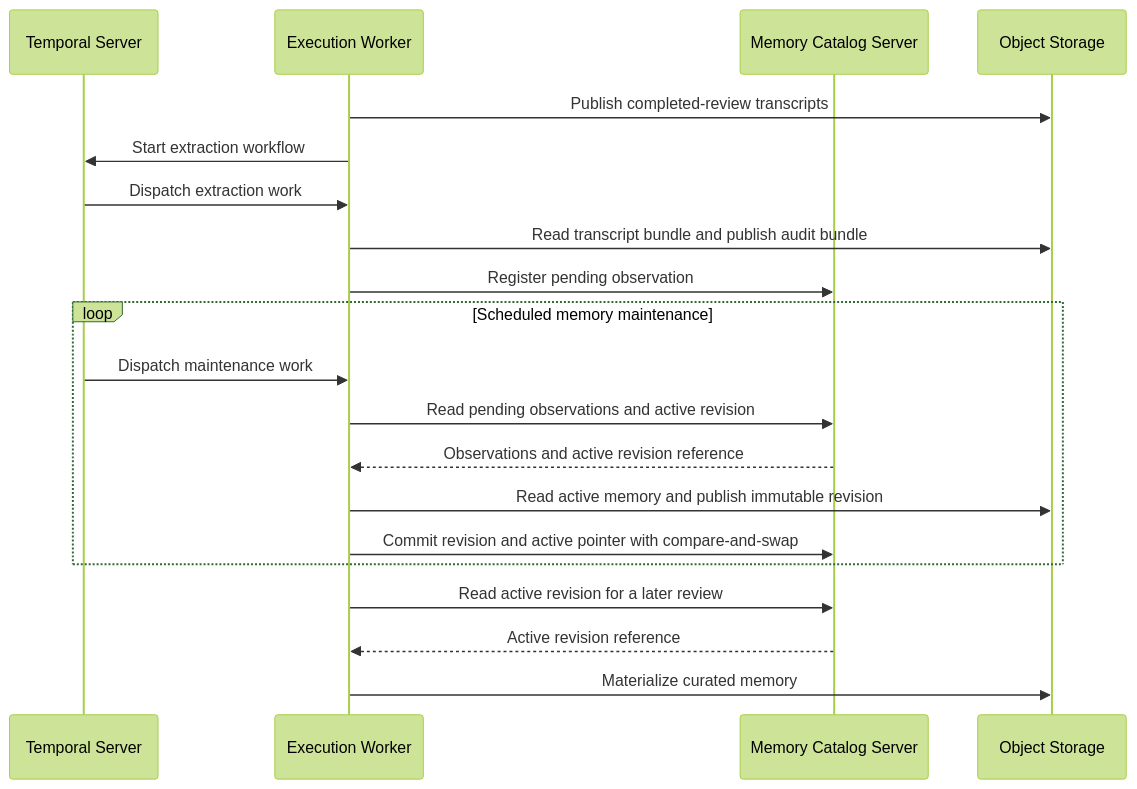
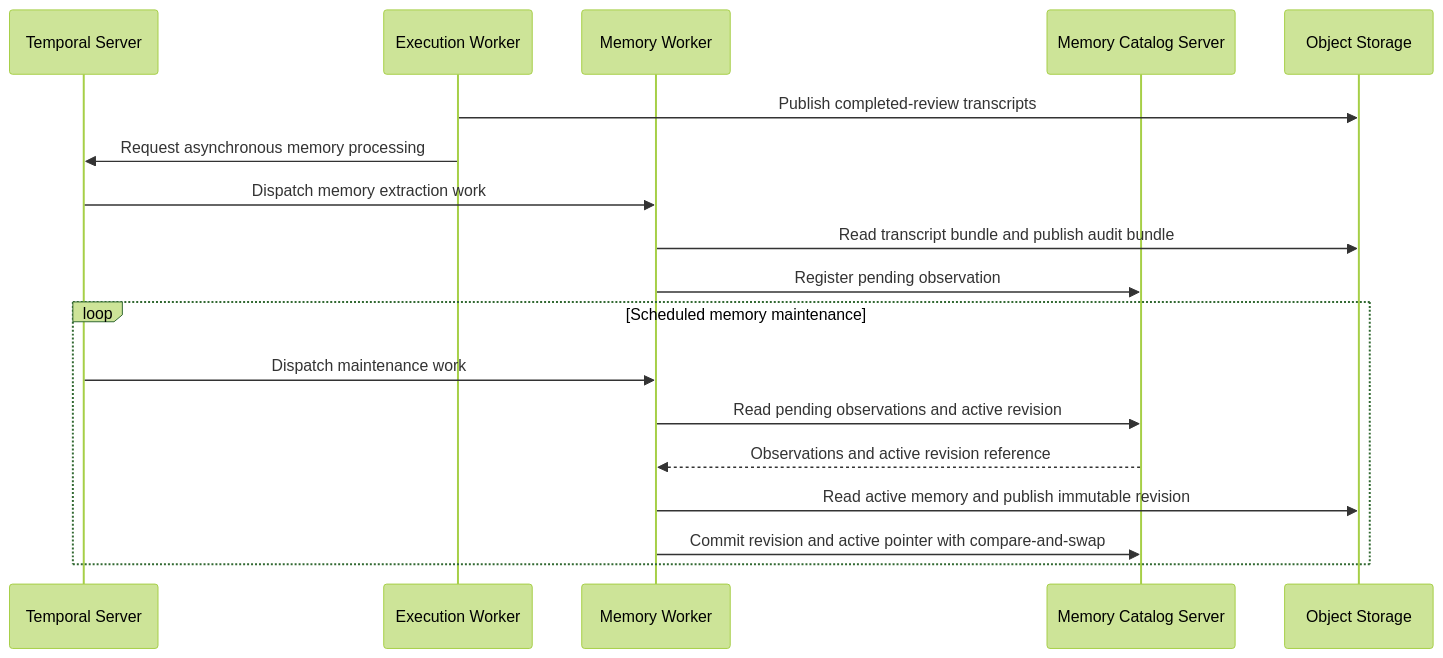
The second of 2 diagrams in docs/architecture/SYSTEM_ARCHITECTURE.md (Agent-AI-Chalmers/sec-review-bot), drawn with Mermaid (forest theme) before and after one commit. The commit also changed other lines of this file and 97 other files, not shown here.

First line of the commit message:
refactor: separate Temporal execution and memory workers (#134)

````diff
--- a/docs/architecture/SYSTEM_ARCHITECTURE.md
+++ b/docs/architecture/SYSTEM_ARCHITECTURE.md
@@ -47,23 +47,21 @@
 ```mermaid
 sequenceDiagram
   participant Temporal as Temporal Server
-  participant Worker as Execution Worker
+  participant ExecutionWorker as Execution Worker
+  participant MemoryWorker as Memory Worker
   participant Catalog as Memory Catalog Server
   participant Storage as Object Storage
 
-  Worker->>Storage: Publish completed-review transcripts
-  Worker->>Temporal: Start extraction workflow
-  Temporal->>Worker: Dispatch extraction work
-  Worker->>Storage: Read transcript bundle and publish audit bundle
-  Worker->>Catalog: Register pending observation
+  ExecutionWorker->>Storage: Publish completed-review transcripts
+  ExecutionWorker->>Temporal: Request asynchronous memory processing
+  Temporal->>MemoryWorker: Dispatch memory extraction work
+  MemoryWorker->>Storage: Read transcript bundle and publish audit bundle
+  MemoryWorker->>Catalog: Register pending observation
   loop Scheduled memory maintenance
-    Temporal->>Worker: Dispatch maintenance work
-    Worker->>Catalog: Read pending observations and active revision
-    Catalog-->>Worker: Observations and active revision reference
-    Worker->>Storage: Read active memory and publish immutable revision
-    Worker->>Catalog: Commit revision and active pointer with compare-and-swap
+    Temporal->>MemoryWorker: Dispatch maintenance work
+    MemoryWorker->>Catalog: Read pending observations and active revision
+    Catalog-->>MemoryWorker: Observations and active revision reference
+    MemoryWorker->>Storage: Read active memory and publish immutable revision
+    MemoryWorker->>Catalog: Commit revision and active pointer with compare-and-swap
   end
-  Worker->>Catalog: Read active revision for a later review
-  Catalog-->>Worker: Active revision reference
-  Worker->>Storage: Materialize curated memory
 ```
````
